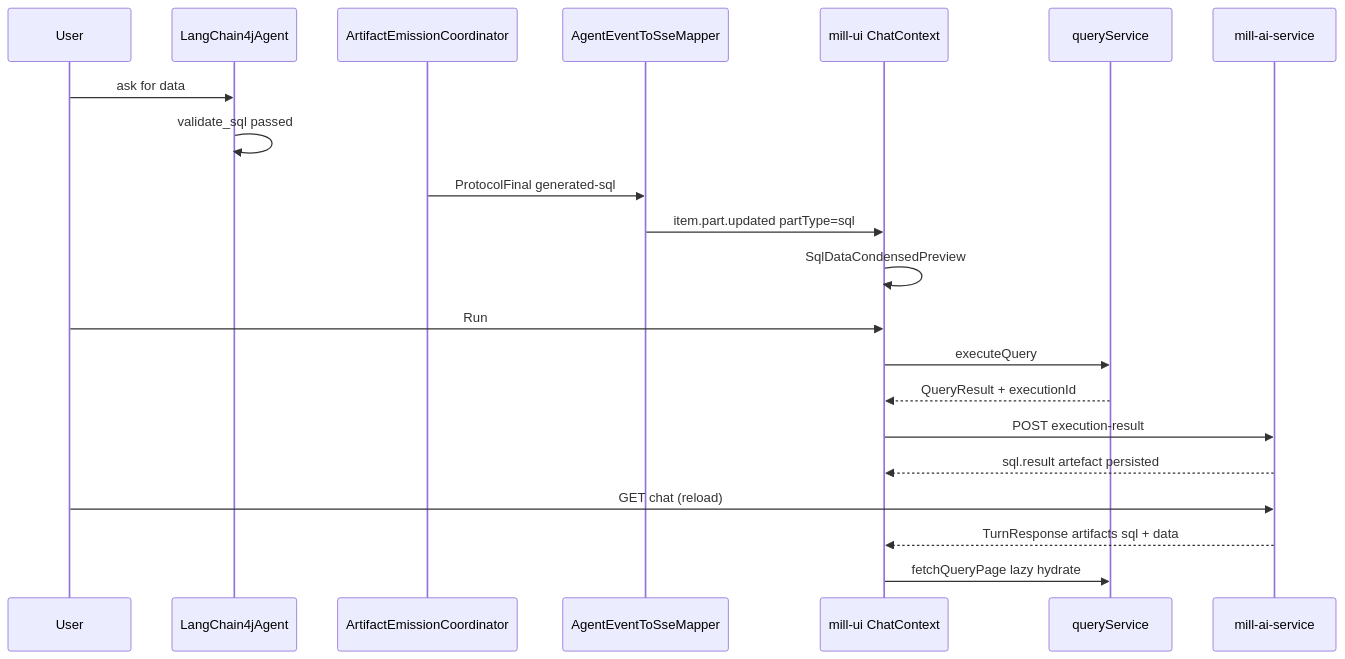
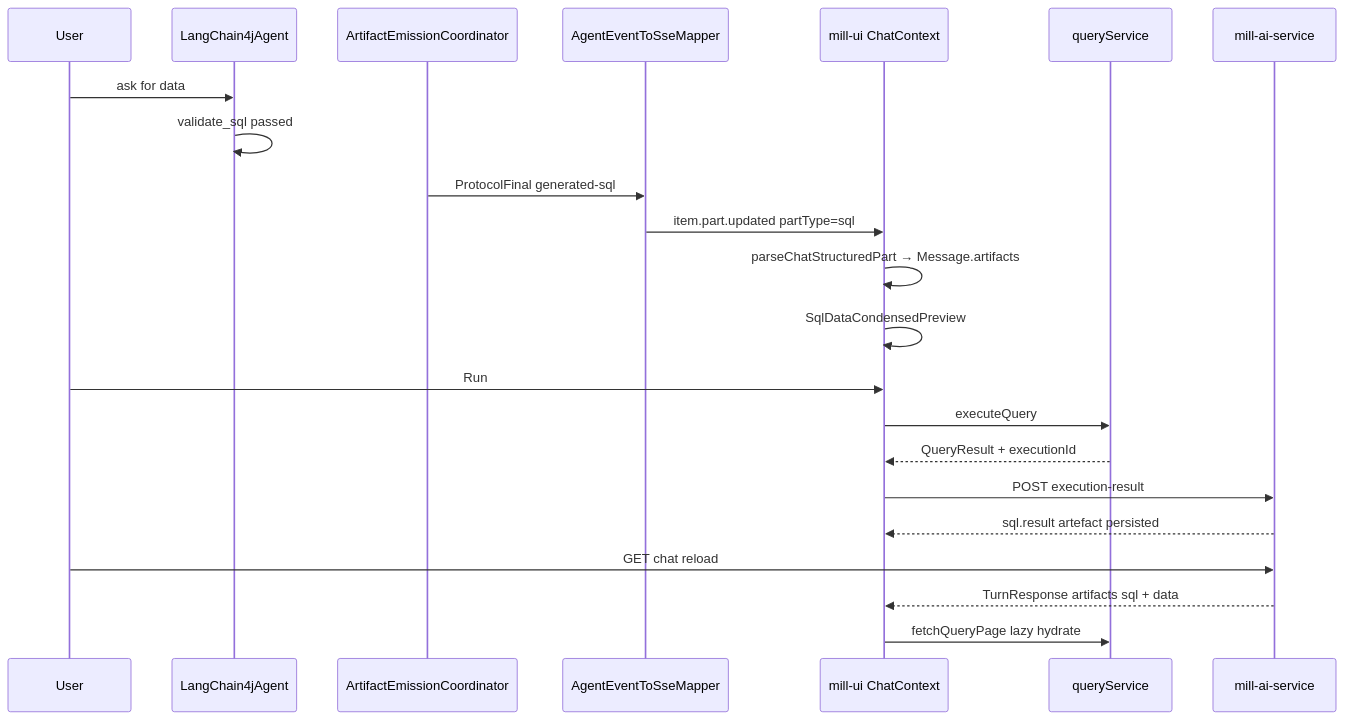
Before and after one commit to qpointz/qpointz: the diagram in docs/workitems/planned/ai-sql-view-restart/RESTART-NOTES.md, drawn with Mermaid. The commit also changed other lines of this file and 16 other files, not shown here.

````diff
--- a/docs/workitems/planned/ai-sql-view-restart/RESTART-NOTES.md
+++ b/docs/workitems/planned/ai-sql-view-restart/RESTART-NOTES.md
@@ -50,26 +81,27 @@
 ```mermaid
 sequenceDiagram
     participant User
     participant Agent as LangChain4jAgent
     participant Coord as ArtifactEmissionCoordinator
     participant SSE as AgentEventToSseMapper
     participant UI as mill-ui ChatContext
     participant QS as queryService
     participant API as mill-ai-service
 
     User->>Agent: ask for data
     Agent->>Agent: validate_sql passed
     Coord->>SSE: ProtocolFinal generated-sql
     SSE->>UI: item.part.updated partType=sql
+    UI->>UI: parseChatStructuredPart → Message.artifacts
     UI->>UI: SqlDataCondensedPreview
 
     User->>UI: Run
     UI->>QS: executeQuery
     QS-->>UI: QueryResult + executionId
     UI->>API: POST execution-result
     API-->>UI: sql.result artefact persisted
 
-    User->>API: GET chat (reload)
+    User->>API: GET chat reload
     API-->>UI: TurnResponse artifacts sql + data
     UI->>QS: fetchQueryPage lazy hydrate
 ```
````
